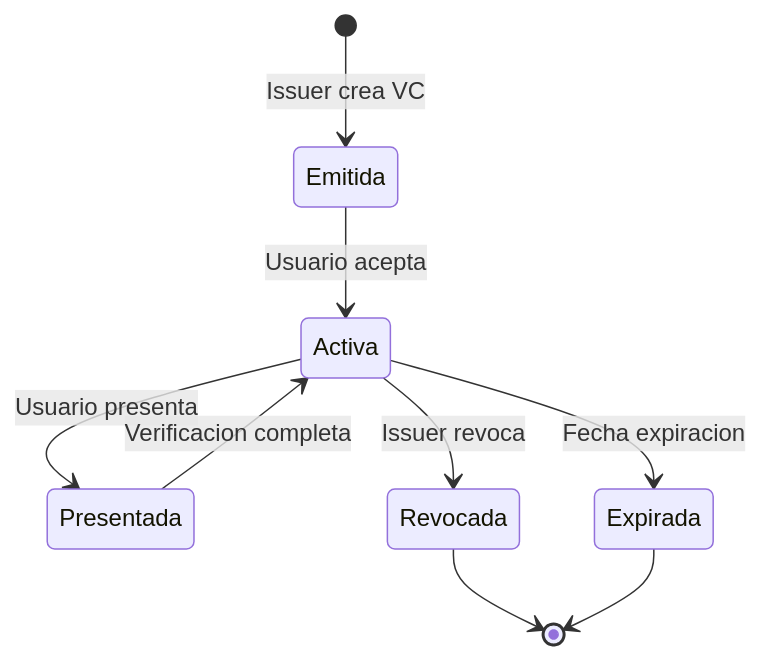
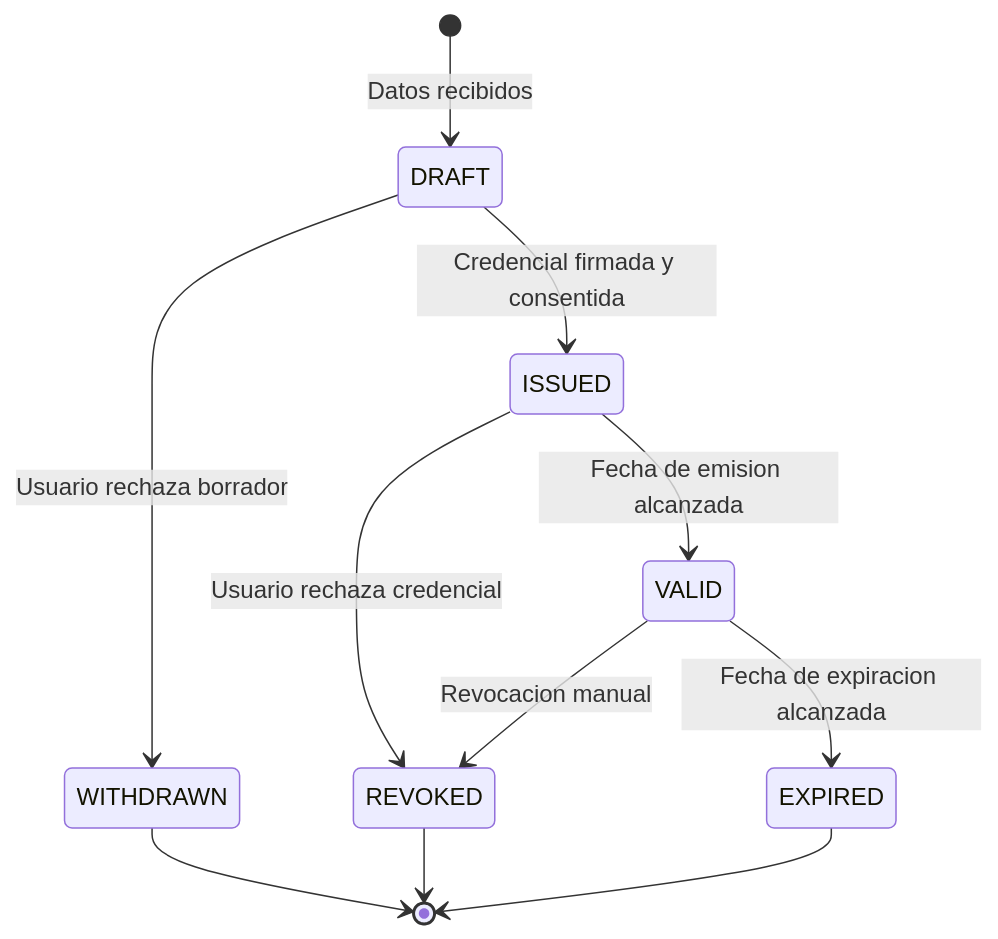
One commit to in2workspace/eudistack-platform-docs changed the diagram in docs/modelo-credenciales/index.md. Above: the diagram before and after it, drawn with Mermaid. The commit also changed other lines of this file and 2 other files, not shown here.

````diff
--- a/docs/modelo-credenciales/index.md
+++ b/docs/modelo-credenciales/index.md
@@ -154,11 +149,13 @@
 ```mermaid
 stateDiagram-v2
-    [*] --> Emitida: Issuer crea VC
-    Emitida --> Activa: Usuario acepta
-    Activa --> Presentada: Usuario presenta
-    Presentada --> Activa: Verificacion completa
-    Activa --> Revocada: Issuer revoca
-    Activa --> Expirada: Fecha expiracion
-    Revocada --> [*]
-    Expirada --> [*]
+    [*] --> DRAFT: Datos recibidos
+    DRAFT --> ISSUED: Credencial firmada y consentida
+    DRAFT --> WITHDRAWN: Usuario rechaza borrador
+    ISSUED --> VALID: Fecha de emision alcanzada
+    ISSUED --> REVOKED: Usuario rechaza credencial
+    VALID --> REVOKED: Revocacion manual
+    VALID --> EXPIRED: Fecha de expiracion alcanzada
+    WITHDRAWN --> [*]
+    REVOKED --> [*]
+    EXPIRED --> [*]
 ```
````
